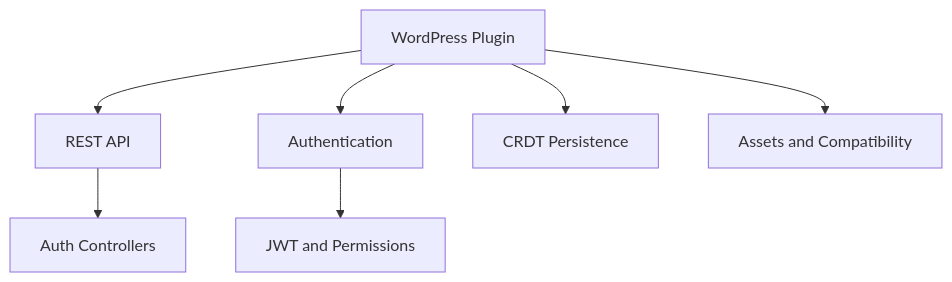
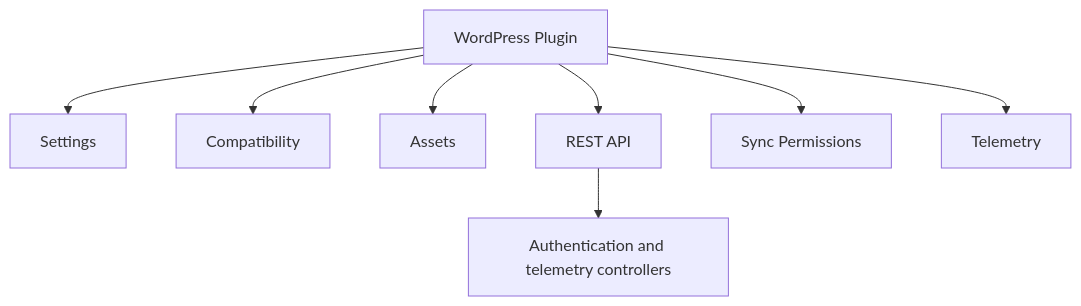
Before and after one commit to Automattic/vip-real-time-collaboration: the third of 6 diagrams in docs/SYSTEM_ARCHITECTURE.md, drawn with Mermaid. The commit also changed other lines of this file and 2 other files, not shown here.

````diff
--- a/docs/SYSTEM_ARCHITECTURE.md
+++ b/docs/SYSTEM_ARCHITECTURE.md
@@ -82,9 +77,10 @@
 ```mermaid
 graph TB
-    A[WordPress Plugin] --> B[REST API]
-    A --> C[Authentication]
-    A --> D[CRDT Persistence]
-    A --> E[Assets and Compatibility]
-    B --> F[Auth Controllers]
-    C --> G[JWT and Permissions]
+    A[WordPress Plugin] --> B[Settings]
+    A --> C[Compatibility]
+    A --> D[Assets]
+    A --> E[REST API]
+    A --> F[Sync Permissions]
+    A --> G[Telemetry]
+    E --> H[Authentication and telemetry controllers]
 ```
````
